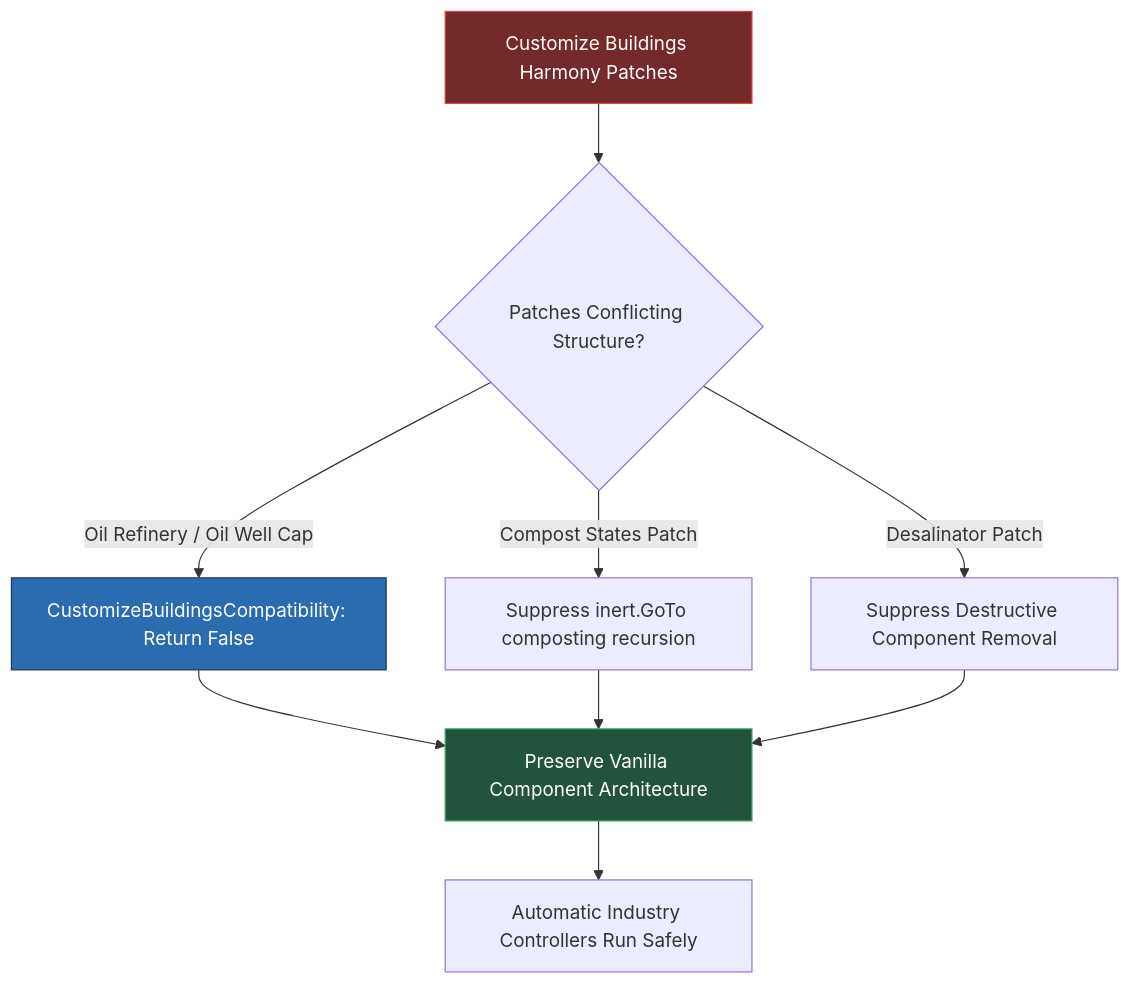
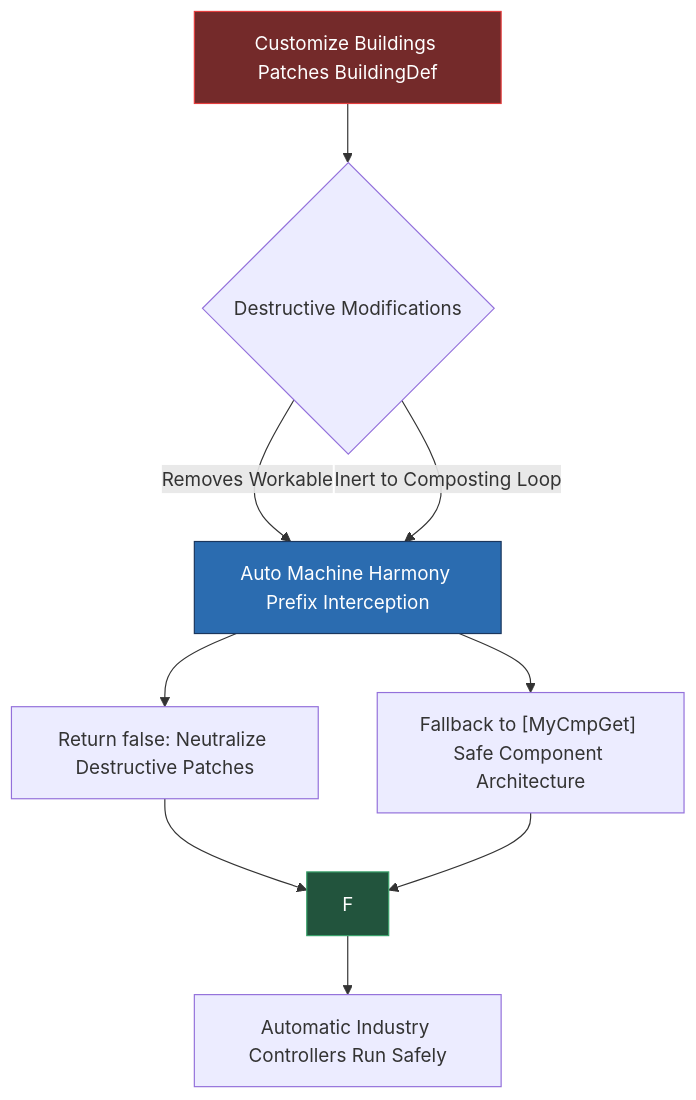
The second of 6 diagrams in wiki/Multi-Mod-Compatibility-and-Crash-Guards.md (Eurekalo/Automatic_Industry), drawn with Mermaid before and after one commit. The commit also changed other lines of this file and 21 other files, not shown here.

````diff
--- a/wiki/Multi-Mod-Compatibility-and-Crash-Guards.md
+++ b/wiki/Multi-Mod-Compatibility-and-Crash-Guards.md
@@ -82,16 +82,15 @@
 ```mermaid
 flowchart TD
-    A["Customize Buildings Harmony Patches"] --> B{"Patches Conflicting Structure?"}
-    B -->|Oil Refinery / Oil Well Cap| C["CustomizeBuildingsCompatibility: Return False"]
-    B -->|Compost States Patch| D["Suppress inert.GoTo composting recursion"]
-    B -->|Desalinator Patch| E["Suppress Destructive Component Removal"]
-    
-    C --> F["Preserve Vanilla Component Architecture"]
+    A["Customize Buildings Patches BuildingDef"] --> B{"Destructive Modifications"}
+    B -->|Removes Workable| C["Auto Machine Harmony Prefix Interception"]
+    B -->|Inert to Composting Loop| C
+    C --> D["Return false: Neutralize Destructive Patches"]
+    C --> E["Fallback to [MyCmpGet] Safe Component Architecture"]
     D --> F
     E --> F
     F --> G["Automatic Industry Controllers Run Safely"]
 
     style A fill:#742a2a,stroke:#e53e3e,color:#fff
     style C fill:#2b6cb0,stroke:#1a365d,color:#fff
     style F fill:#22543d,stroke:#38a169,color:#fff
 ```
````
